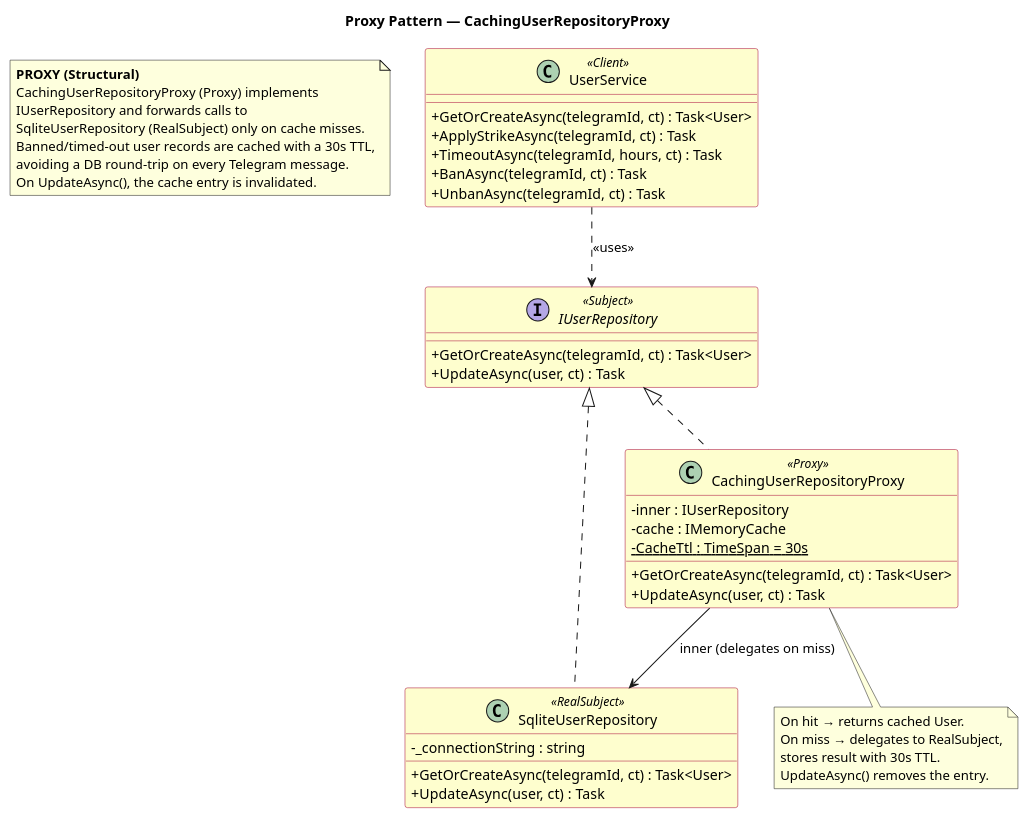
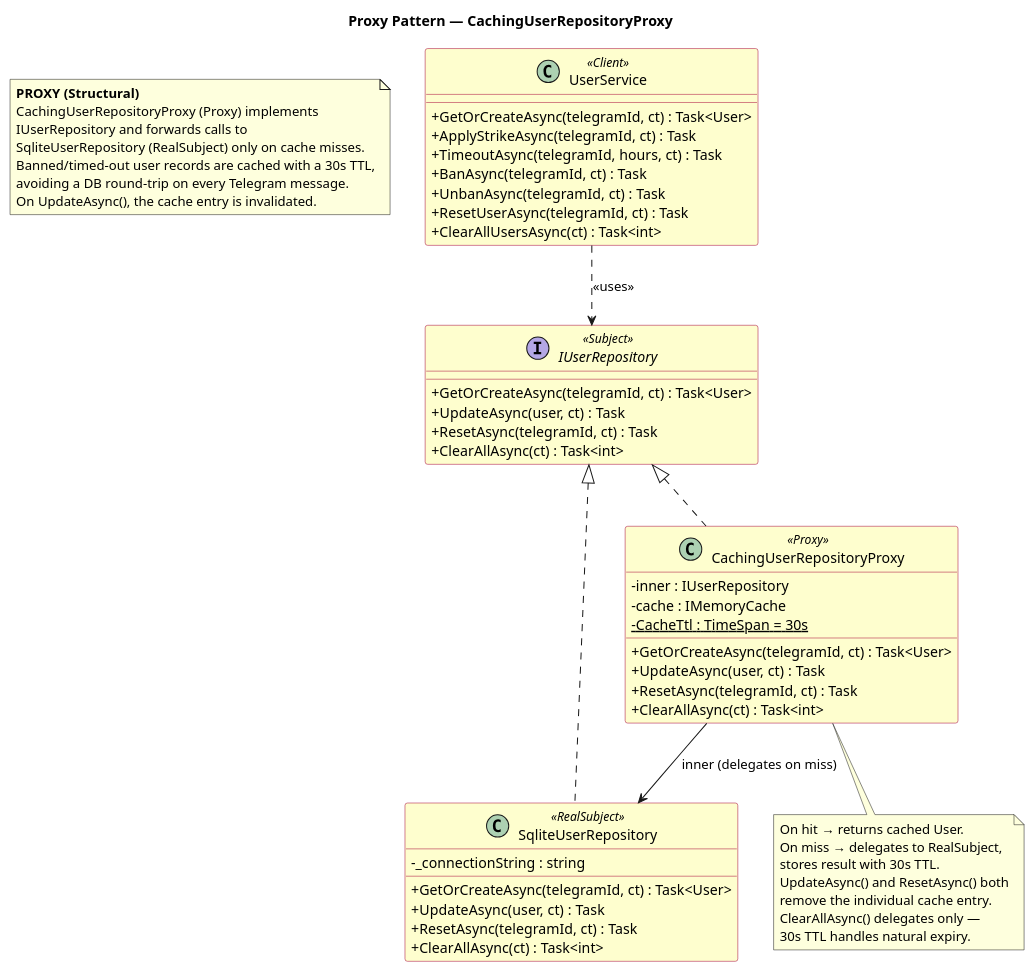
The diagram in UML_Diagrams/08_Proxy.puml (Heiwa03/NurFlac), drawn with PlantUML before and after one commit. The commit also changed 7 other files, not shown here.

First line of the commit message:
chore(diagrams,docs): sync UML diagrams, report, and presentation with new admin commands

```diff
--- a/UML_Diagrams/08_Proxy.puml
+++ b/UML_Diagrams/08_Proxy.puml
@@ -1,62 +1,73 @@
 @startuml Proxy_CachingUserRepository
 ' If any modifications are done to the classes participating in this pattern,
 ' this diagram must be updated accordingly.
 
 title Proxy Pattern — CachingUserRepositoryProxy
 
 skinparam classAttributeIconSize 0
 skinparam class {
   BackgroundColor #FEFECE
   BorderColor #A80036
 }
 
 note as N1
   <b>PROXY (Structural)</b>
   CachingUserRepositoryProxy (Proxy) implements
   IUserRepository and forwards calls to
   SqliteUserRepository (RealSubject) only on cache misses.
   Banned/timed-out user records are cached with a 30s TTL,
   avoiding a DB round-trip on every Telegram message.
   On UpdateAsync(), the cache entry is invalidated.
 end note
 
 interface IUserRepository << Subject >> {
   + GetOrCreateAsync(telegramId, ct) : Task<User>
   + UpdateAsync(user, ct) : Task
+  + ResetAsync(telegramId, ct) : Task
+  + ClearAllAsync(ct) : Task<int>
 }
 
 class SqliteUserRepository << RealSubject >> {
   - _connectionString : string
   + GetOrCreateAsync(telegramId, ct) : Task<User>
   + UpdateAsync(user, ct) : Task
+  + ResetAsync(telegramId, ct) : Task
+  + ClearAllAsync(ct) : Task<int>
 }
 
 class CachingUserRepositoryProxy << Proxy >> {
   - inner : IUserRepository
   - cache : IMemoryCache
   - {static} CacheTtl : TimeSpan = 30s
   + GetOrCreateAsync(telegramId, ct) : Task<User>
   + UpdateAsync(user, ct) : Task
+  + ResetAsync(telegramId, ct) : Task
+  + ClearAllAsync(ct) : Task<int>
 }
 
 note bottom of CachingUserRepositoryProxy
   On hit → returns cached User.
   On miss → delegates to RealSubject,
   stores result with 30s TTL.
-  UpdateAsync() removes the entry.
+  UpdateAsync() and ResetAsync() both
+  remove the individual cache entry.
+  ClearAllAsync() delegates only —
+  30s TTL handles natural expiry.
 end note
 
 class UserService << Client >> {
   + GetOrCreateAsync(telegramId, ct) : Task<User>
   + ApplyStrikeAsync(telegramId, ct) : Task
   + TimeoutAsync(telegramId, hours, ct) : Task
   + BanAsync(telegramId, ct) : Task
   + UnbanAsync(telegramId, ct) : Task
+  + ResetUserAsync(telegramId, ct) : Task
+  + ClearAllUsersAsync(ct) : Task<int>
 }
 
 IUserRepository         <|.. SqliteUserRepository
 IUserRepository         <|.. CachingUserRepositoryProxy
 CachingUserRepositoryProxy --> SqliteUserRepository : inner (delegates on miss)
 UserService             ..> IUserRepository : <<uses>>
 
 @enduml
```
